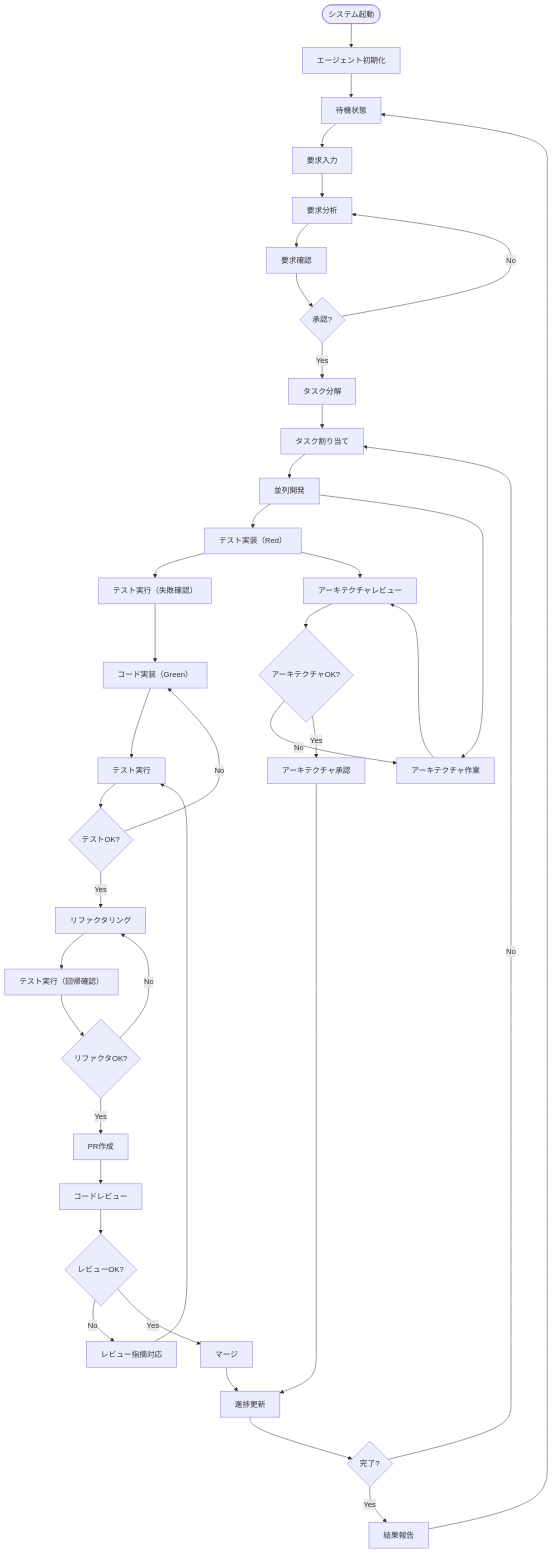
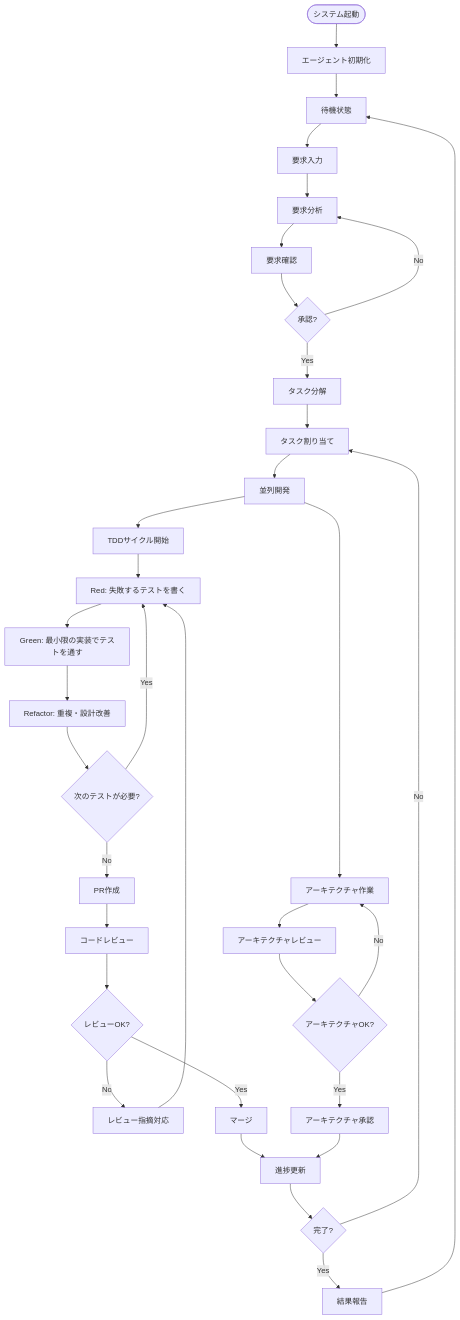
Before and after one commit to norinoriver/ai-multi-agent: the third of 14 diagrams in docs/development-flow/design/architecture_dataflow_diagrams.md, drawn with Mermaid.

Commit message:
fix: TDDサイクルを詳細な循環フローに修正
変更点:
- Red→Green→Refactor→次のテストの循環サイクルを実装
- レビュー指摘対応後もRedフェーズから再開
- 正しいT-WADA style TDDの小さなサイクルを反映

「次の小さなテストを書く」までを含む完全なTDDサイクル

🤖 Generated with [Claude Code](https://claude.ai/code)

````diff
--- a/docs/development-flow/design/architecture_dataflow_diagrams.md
+++ b/docs/development-flow/design/architecture_dataflow_diagrams.md
@@ -130,53 +130,46 @@
 ```mermaid
 flowchart TD
     Start([システム起動]) --> Init[エージェント初期化]
     Init --> Ready[待機状態]
     Ready --> ReqInput[要求入力]
     
     ReqInput --> ReqAnalysis[要求分析]
     ReqAnalysis --> ReqConfirm[要求確認]
     ReqConfirm --> Approved{承認?}
     Approved -->|No| ReqAnalysis
     Approved -->|Yes| TaskDecomp[タスク分解]
     
     TaskDecomp --> TaskAssign[タスク割り当て]
     TaskAssign --> ParallelDev[並列開発]
     
-    ParallelDev --> TestImpl[テスト実装（Red）]
+    ParallelDev --> TDDCycle[TDDサイクル開始]
     ParallelDev --> ArchWork[アーキテクチャ作業]
     
-    TestImpl --> TestExecRed[テスト実行（失敗確認）]
-    TestExecRed --> CodeImpl[コード実装（Green）]
-    
-    CodeImpl --> TestExec[テスト実行]
-    TestExec --> TestOK{テストOK?}
-    TestOK -->|No| CodeImpl
-    TestOK -->|Yes| Refactor[リファクタリング]
-    
-    Refactor --> TestExecRefactor[テスト実行（回帰確認）]
-    TestExecRefactor --> RefactorOK{リファクタOK?}
-    RefactorOK -->|No| Refactor
-    RefactorOK -->|Yes| PRCreate[PR作成]
+    TDDCycle --> RedPhase[Red: 失敗するテストを書く]
+    RedPhase --> GreenPhase[Green: 最小限の実装でテストを通す]
+    GreenPhase --> RefactorPhase[Refactor: 重複・設計改善]
+    RefactorPhase --> NextTest{次のテストが必要?}
+    NextTest -->|Yes| RedPhase
+    NextTest -->|No| PRCreate[PR作成]
     
     PRCreate --> CodeReview[コードレビュー]
     CodeReview --> ReviewOK{レビューOK?}
     ReviewOK -->|No| CodeFix[レビュー指摘対応]
-    CodeFix --> TestExec
+    CodeFix --> RedPhase
     ReviewOK -->|Yes| Merge[マージ]
     
-    TestImpl --> ArchReview[アーキテクチャレビュー]
-    ArchWork --> ArchReview
+    ArchWork --> ArchReview[アーキテクチャレビュー]
     
     ArchReview --> ArchOK{アーキテクチャOK?}
     ArchOK -->|No| ArchWork
     ArchOK -->|Yes| ArchApprove[アーキテクチャ承認]
     
     Merge --> Progress[進捗更新]
     ArchApprove --> Progress
     
     Progress --> Complete{完了?}
     Complete -->|No| TaskAssign
     Complete -->|Yes| Report[結果報告]
     
     Report --> Ready
 ```
````
